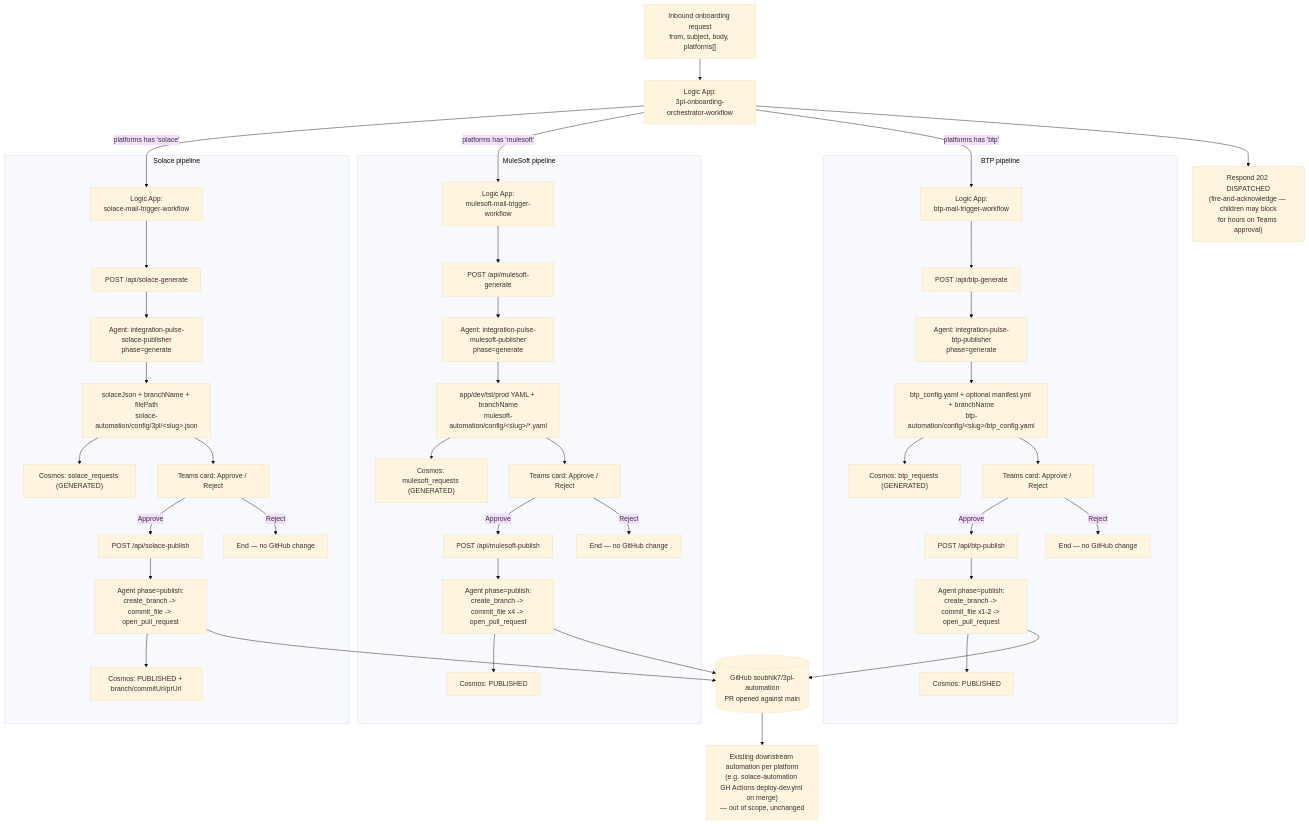
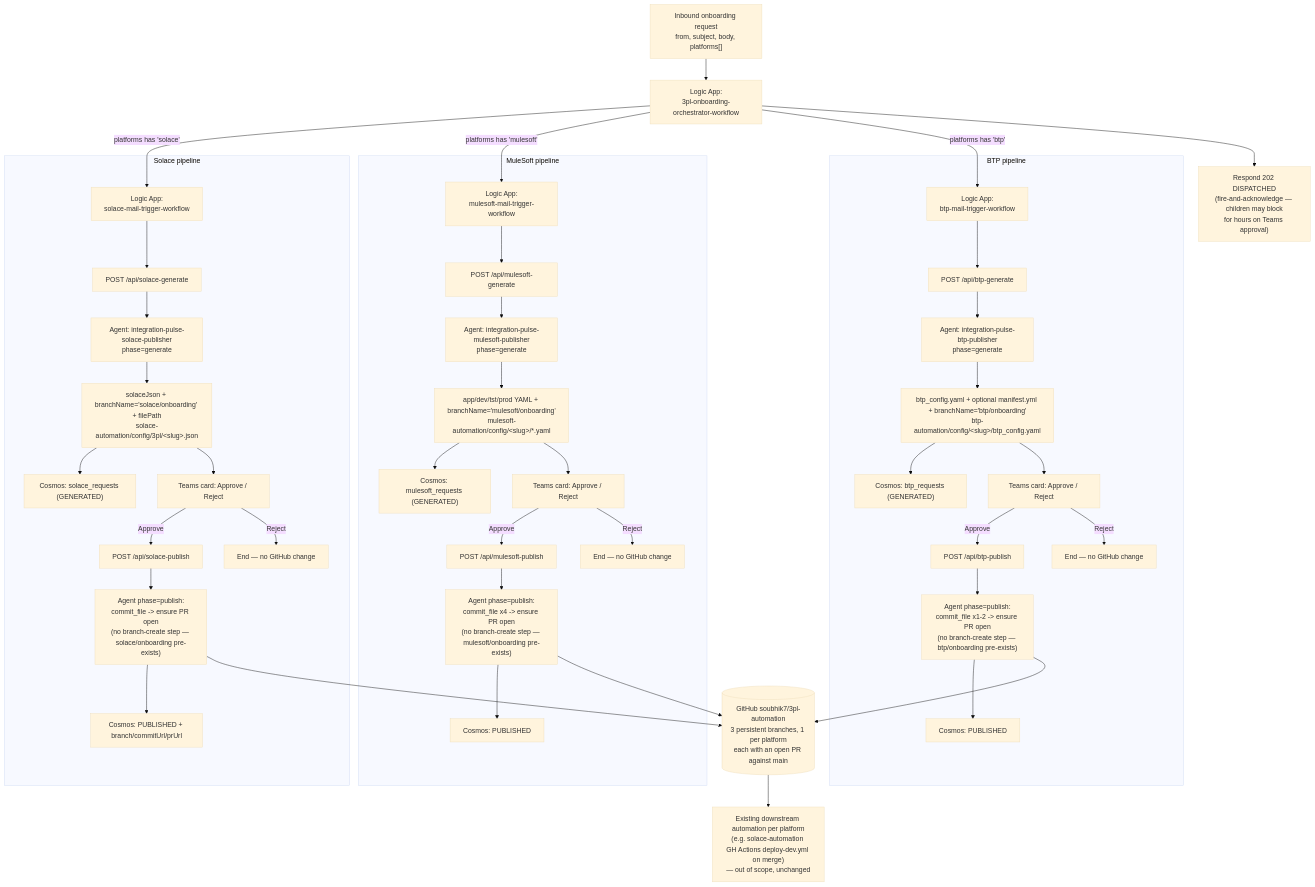
The first of 2 diagrams in 3PL-Automation-AI-Foundry/diagrams/flow-overview.md (soubhik7/3pl-automation), drawn with Mermaid (base theme) before and after one commit. The commit also changed other lines of this file and 26 other files, not shown here.

First line of the commit message:
Refactor GitHub integration for onboarding pipelines

````diff
--- a/3PL-Automation-AI-Foundry/diagrams/flow-overview.md
+++ b/3PL-Automation-AI-Foundry/diagrams/flow-overview.md
@@ -11,50 +11,50 @@
 ```mermaid
 flowchart TD
     A["Inbound onboarding request<br/>from, subject, body, platforms[]"] --> B["Logic App:<br/>3pl-onboarding-orchestrator-workflow"]
 
     B -->|platforms has 'solace'| C["Logic App:<br/>solace-mail-trigger-workflow"]
     B -->|platforms has 'mulesoft'| D["Logic App:<br/>mulesoft-mail-trigger-workflow"]
     B -->|platforms has 'btp'| E["Logic App:<br/>btp-mail-trigger-workflow"]
     B --> F["Respond 202 DISPATCHED<br/>(fire-and-acknowledge — children may block<br/>for hours on Teams approval)"]
 
     subgraph SOL[Solace pipeline]
         C --> C1["POST /api/solace-generate"]
         C1 --> C2["Agent: integration-pulse-solace-publisher<br/>phase=generate"]
-        C2 --> C3["solaceJson + branchName + filePath<br/>solace-automation/config/3pl/&lt;slug&gt;.json"]
+        C2 --> C3["solaceJson + branchName='solace/onboarding' + filePath<br/>solace-automation/config/3pl/&lt;slug&gt;.json"]
         C3 --> C4["Cosmos: solace_requests (GENERATED)"]
         C3 --> C5["Teams card: Approve / Reject"]
         C5 -->|Approve| C6["POST /api/solace-publish"]
         C5 -->|Reject| CX["End — no GitHub change"]
-        C6 --> C7["Agent phase=publish:<br/>create_branch -> commit_file -> open_pull_request"]
+        C6 --> C7["Agent phase=publish:<br/>commit_file -> ensure PR open<br/>(no branch-create step — solace/onboarding pre-exists)"]
         C7 --> C8["Cosmos: PUBLISHED + branch/commitUrl/prUrl"]
     end
 
     subgraph MULE[MuleSoft pipeline]
         D --> D1["POST /api/mulesoft-generate"]
         D1 --> D2["Agent: integration-pulse-mulesoft-publisher<br/>phase=generate"]
-        D2 --> D3["app/dev/tst/prod YAML + branchName<br/>mulesoft-automation/config/&lt;slug&gt;/*.yaml"]
+        D2 --> D3["app/dev/tst/prod YAML + branchName='mulesoft/onboarding'<br/>mulesoft-automation/config/&lt;slug&gt;/*.yaml"]
         D3 --> D4["Cosmos: mulesoft_requests (GENERATED)"]
         D3 --> D5["Teams card: Approve / Reject"]
         D5 -->|Approve| D6["POST /api/mulesoft-publish"]
         D5 -->|Reject| DX["End — no GitHub change"]
-        D6 --> D7["Agent phase=publish:<br/>create_branch -> commit_file x4 -> open_pull_request"]
+        D6 --> D7["Agent phase=publish:<br/>commit_file x4 -> ensure PR open<br/>(no branch-create step — mulesoft/onboarding pre-exists)"]
         D7 --> D8["Cosmos: PUBLISHED"]
     end
 
     subgraph BTP[BTP pipeline]
         E --> E1["POST /api/btp-generate"]
         E1 --> E2["Agent: integration-pulse-btp-publisher<br/>phase=generate"]
-        E2 --> E3["btp_config.yaml + optional manifest.yml + branchName<br/>btp-automation/config/&lt;slug&gt;/btp_config.yaml"]
+        E2 --> E3["btp_config.yaml + optional manifest.yml + branchName='btp/onboarding'<br/>btp-automation/config/&lt;slug&gt;/btp_config.yaml"]
         E3 --> E4["Cosmos: btp_requests (GENERATED)"]
         E3 --> E5["Teams card: Approve / Reject"]
         E5 -->|Approve| E6["POST /api/btp-publish"]
         E5 -->|Reject| EX["End — no GitHub change"]
-        E6 --> E7["Agent phase=publish:<br/>create_branch -> commit_file x1-2 -> open_pull_request"]
+        E6 --> E7["Agent phase=publish:<br/>commit_file x1-2 -> ensure PR open<br/>(no branch-create step — btp/onboarding pre-exists)"]
         E7 --> E8["Cosmos: PUBLISHED"]
     end
 
-    C7 --> G[("GitHub soubhik7/3pl-automation<br/>PR opened against main")]
+    C7 --> G[("GitHub soubhik7/3pl-automation<br/>3 persistent branches, 1 per platform<br/>each with an open PR against main")]
     D7 --> G
     E7 --> G
     G --> H["Existing downstream automation per platform<br/>(e.g. solace-automation GH Actions deploy-dev.yml on merge)<br/>— out of scope, unchanged"]
 ```
````
